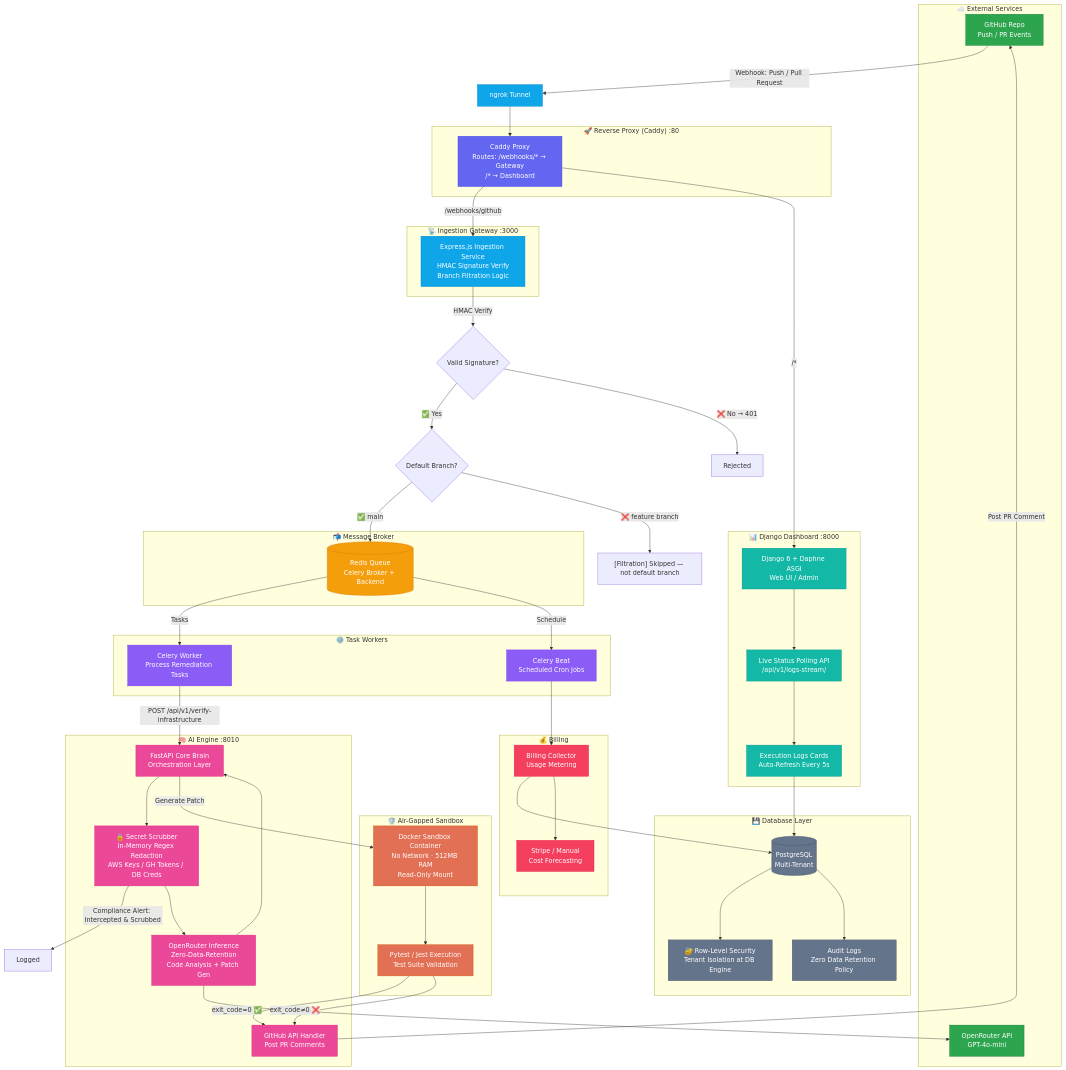
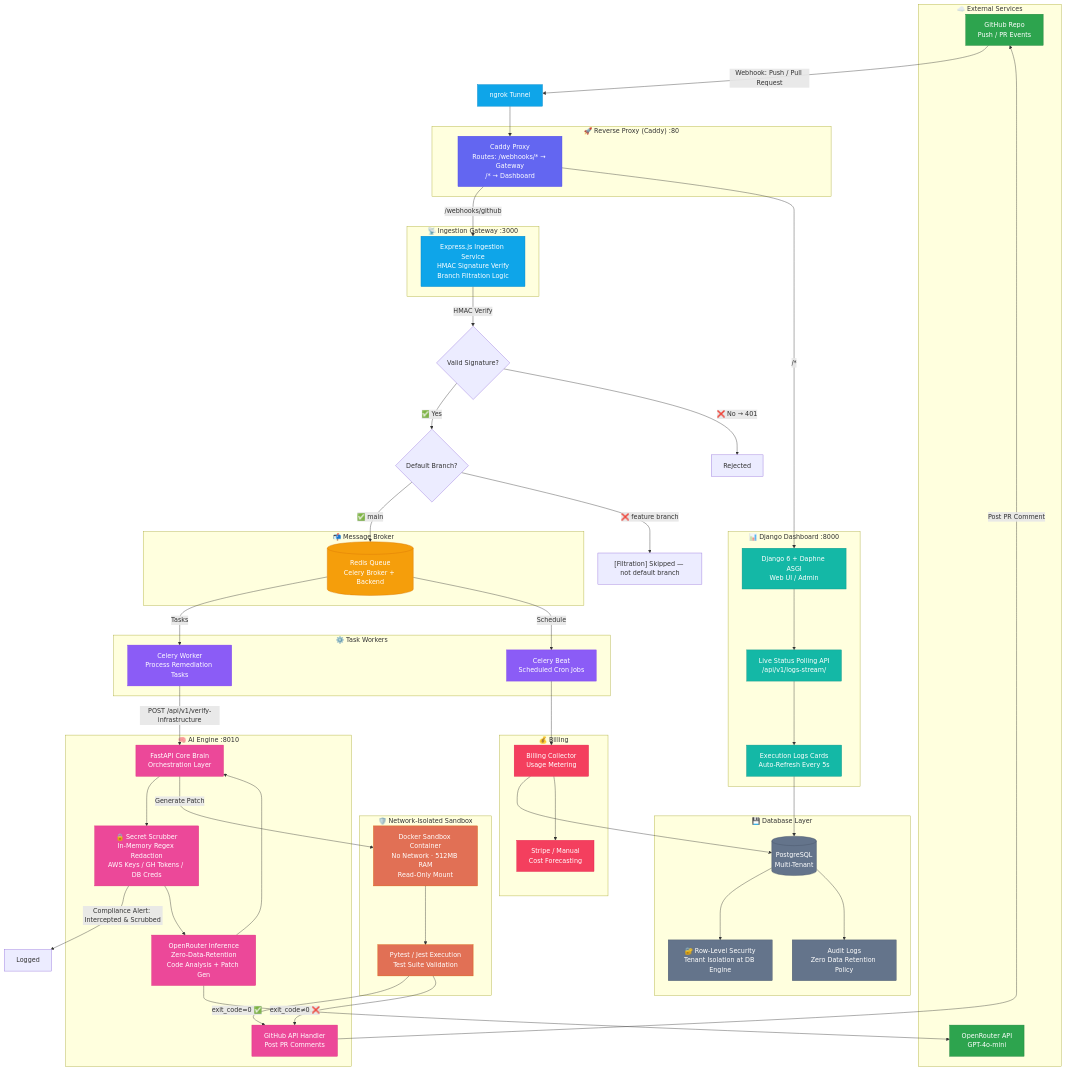
The diagram in README.md (landry-77/AI-DEVOPS-ENGINE), drawn with Mermaid before and after one commit. The commit also changed other lines of this file and 3 other files, not shown here.

Commit message:
fix: remaining air-gapped references → network-isolated

```diff
--- a/README.md
+++ b/README.md
@@ -181,7 +181,7 @@
         HANDLER["GitHub API Handler<br/>Post PR Comments"]
     end
 
-    subgraph Sandbox["🛡️ Air-Gapped Sandbox"]
+    subgraph Sandbox["🛡️ Network-Isolated Sandbox"]
         SBX["Docker Sandbox Container<br/>No Network · 512MB RAM<br/>Read-Only Mount"]
         PYT["Pytest / Jest Execution<br/>Test Suite Validation"]
     end
```
